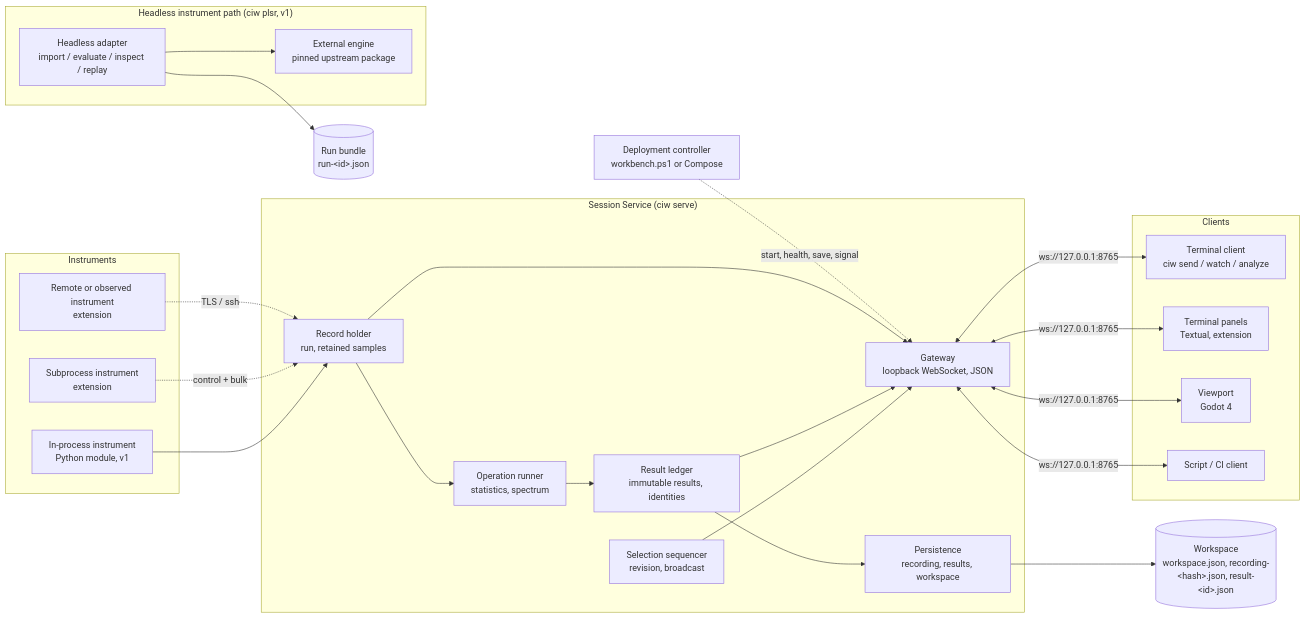
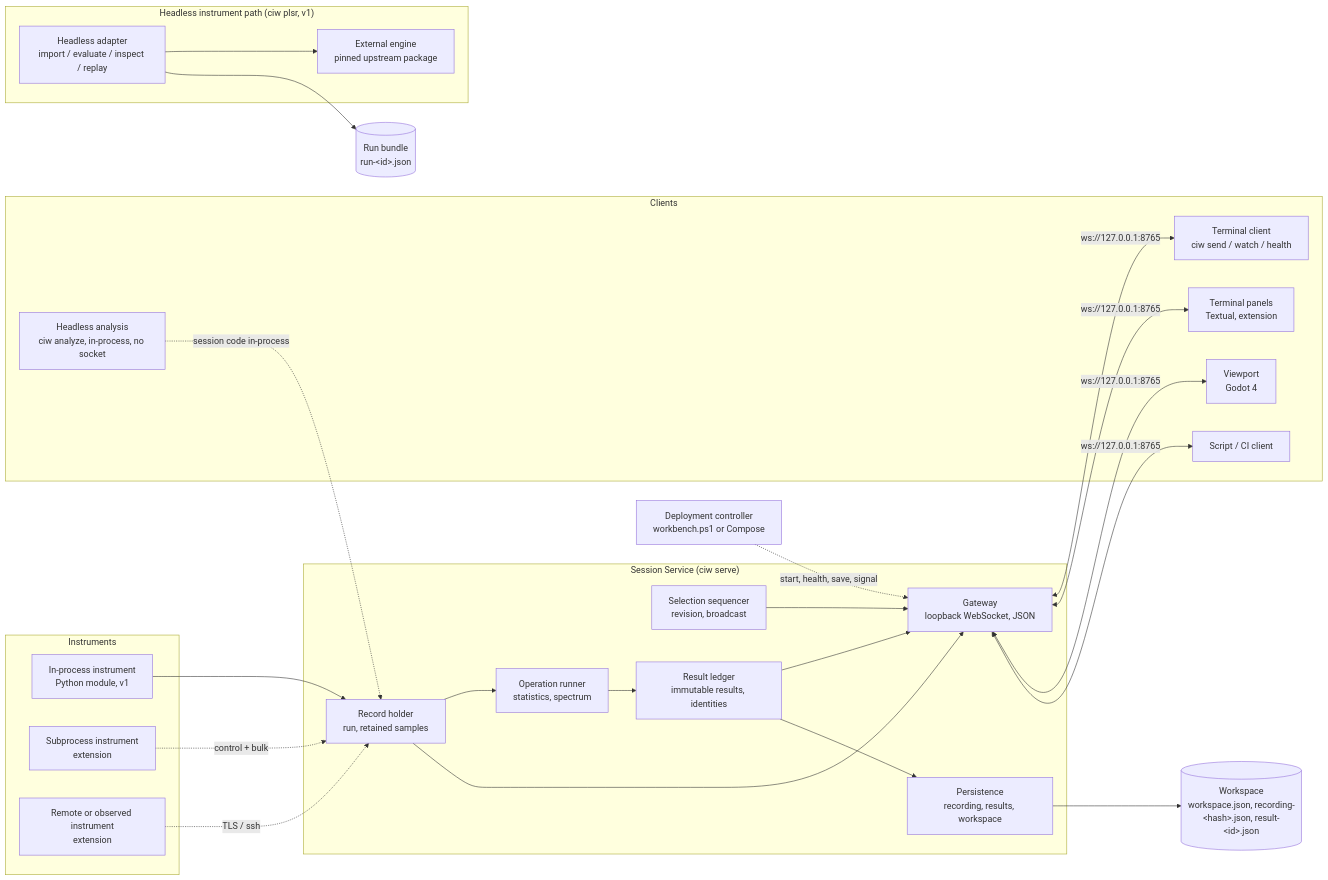
The first of 3 diagrams in docs/ARCHITECTURE.md (giasonpooni/Computational-Instrumentation-Workbench), drawn with Mermaid before and after one commit. The commit also changed other lines of this file, not shown here.

First line of the commit message:
Correct milestone tags, v1 claims, and contradictory defaults in the architecture

````diff
--- a/docs/ARCHITECTURE.md
+++ b/docs/ARCHITECTURE.md
@@ -117,44 +119,46 @@
 ```mermaid
 flowchart LR
     subgraph Instruments
         I1[In-process instrument<br/>Python module, v1]
         I2[Subprocess instrument<br/>extension]
         I3[Remote or observed instrument<br/>extension]
     end
     subgraph Service["Session Service (ciw serve)"]
         REC[Record holder<br/>run, retained samples]
         SEL[Selection sequencer<br/>revision, broadcast]
         OPS[Operation runner<br/>statistics, spectrum]
         RES[Result ledger<br/>immutable results, identities]
         GW[Gateway<br/>loopback WebSocket, JSON]
         PER[Persistence<br/>recording, results, workspace]
     end
     subgraph Clients
-        CLI[Terminal client<br/>ciw send / watch / analyze]
+        CLI[Terminal client<br/>ciw send / watch / health]
+        AN[Headless analysis<br/>ciw analyze, in-process, no socket]
         TUI[Terminal panels<br/>Textual, extension]
         VP[Viewport<br/>Godot 4]
         SC[Script / CI client]
     end
     WS[("Workspace<br/>workspace.json, recording-#lt;hash#gt;.json, result-#lt;id#gt;.json")]
     subgraph Headless["Headless instrument path (ciw plsr, v1)"]
         HA[Headless adapter<br/>import / evaluate / inspect / replay]
         ENG[External engine<br/>pinned upstream package]
     end
     RB[("Run bundle<br/>run-#lt;id#gt;.json")]
     DC[Deployment controller<br/>workbench.ps1 or Compose]
     I1 --> REC
     I2 -. control + bulk .-> REC
     I3 -. TLS / ssh .-> REC
     REC --> OPS --> RES
     SEL --> GW
     RES --> GW
     REC --> GW
     RES --> PER --> WS
     GW <-- ws://127.0.0.1:8765 --> CLI
     GW <-- ws://127.0.0.1:8765 --> TUI
     GW <-- ws://127.0.0.1:8765 --> VP
     GW <-- ws://127.0.0.1:8765 --> SC
+    AN -. session code in-process .-> REC
     HA --> ENG
     HA --> RB
     DC -. start, health, save, signal .-> GW
 ```
````
